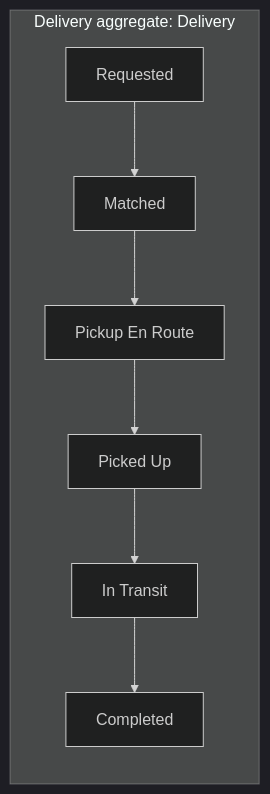
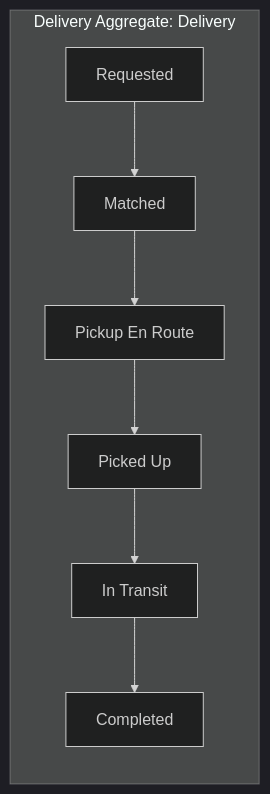
Before and after one commit to mostafiz57/Software-Architecture-Playbook: diagram 14 of 17 in case-studies/mobility-delivery-platform/README.md, drawn with Mermaid (dark theme). The commit also changed other lines of this file, not shown here.

````diff
--- a/case-studies/mobility-delivery-platform/README.md
+++ b/case-studies/mobility-delivery-platform/README.md
@@ -482,10 +466,10 @@
 ```mermaid
 flowchart LR
-  subgraph Delivery["Delivery aggregate: Delivery"]
+  subgraph Delivery["Delivery Aggregate: Delivery"]
     D1["Requested"] --> D2["Matched"]
     D2 --> D3["Pickup En Route"]
     D3 --> D4["Picked Up"]
     D4 --> D5["In Transit"]
     D5 --> D6["Completed"]
   end
 ```
````
